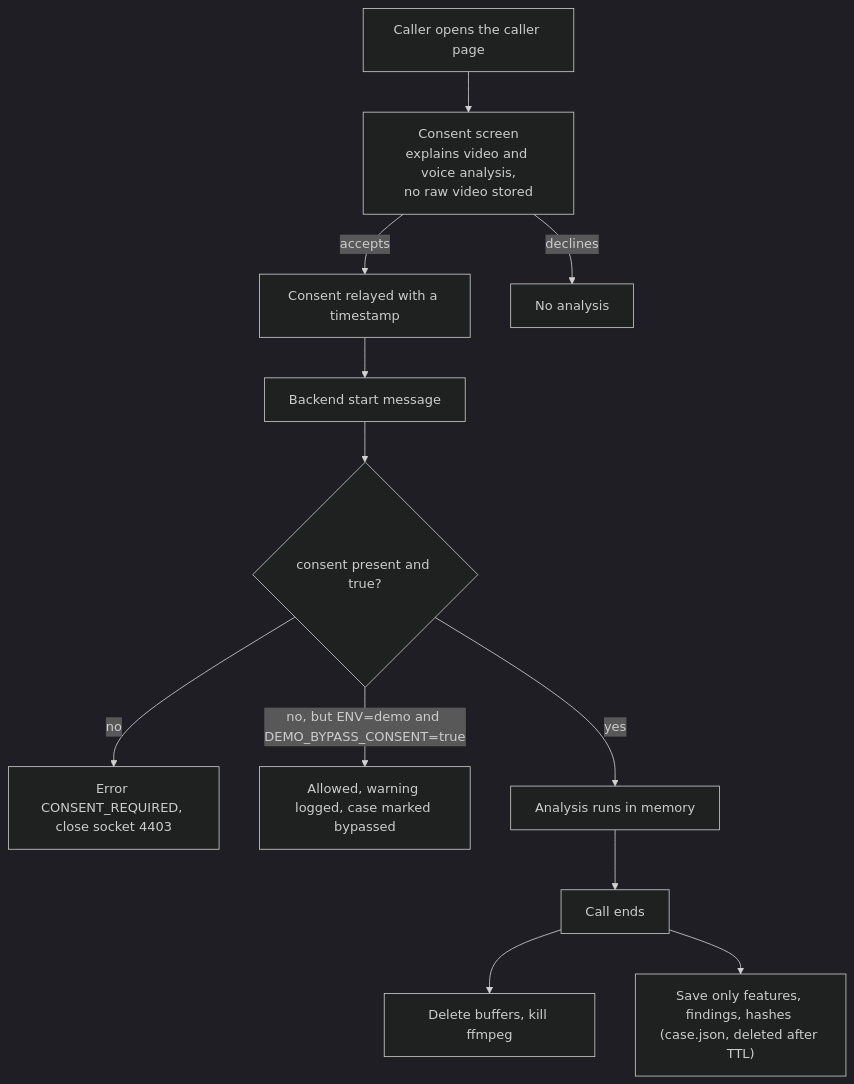
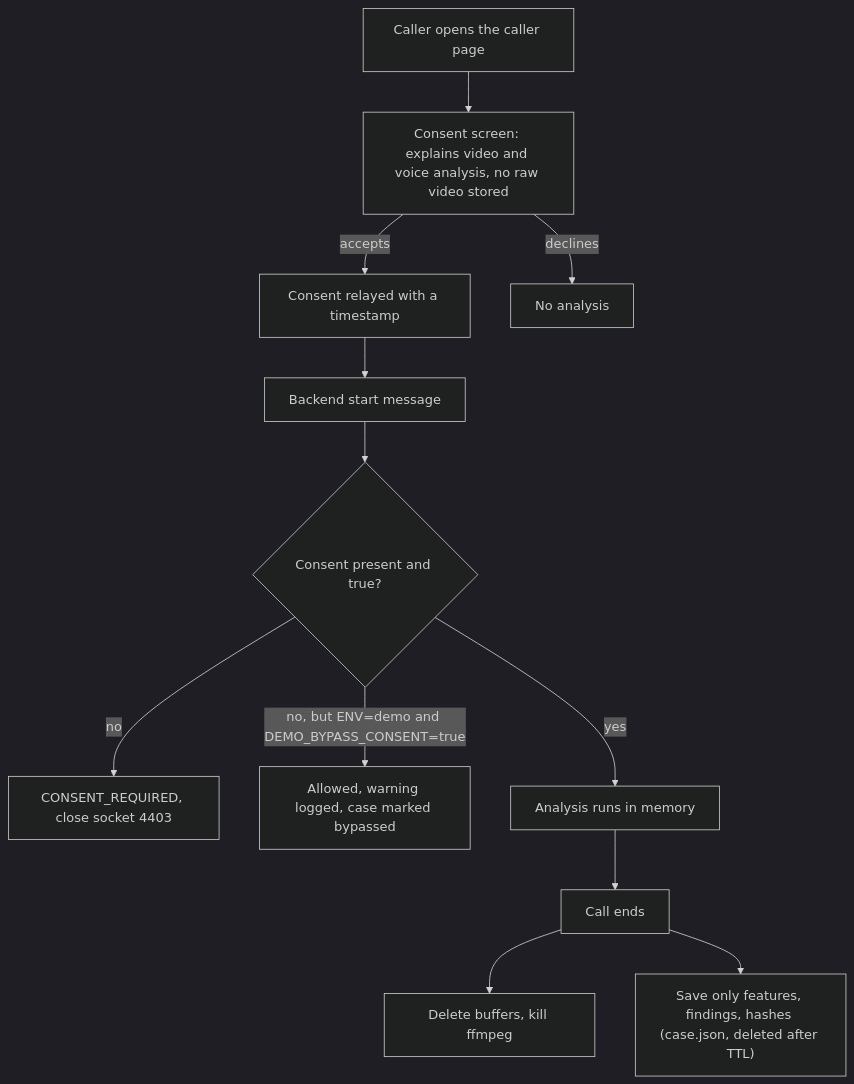
One commit to siddhikahanumante05-cloud/trustlens changed diagram 14 of 14 in README.md. Above: the diagram before and after it, drawn with Mermaid (dark theme). The commit also changed other lines of this file, not shown here.

````diff
--- a/README.md
+++ b/README.md
@@ -665,14 +749,14 @@
 ```mermaid
 flowchart TB
-  START["Caller opens the caller page"] --> CONS["Consent screen<br/>explains video and voice analysis,<br/>no raw video stored"]
+  START["Caller opens the caller page"] --> CONS["Consent screen: explains video and voice analysis, no raw video stored"]
   CONS -->|"accepts"| SEND["Consent relayed with a timestamp"]
   CONS -->|"declines"| STOP["No analysis"]
   SEND --> WS["Backend start message"]
-  WS --> CH{"consent present and true?"}
-  CH -->|"no"| ERR["Error CONSENT_REQUIRED, close socket 4403"]
+  WS --> CH{"Consent present and true?"}
+  CH -->|"no"| ERR["CONSENT_REQUIRED, close socket 4403"]
   CH -->|"no, but ENV=demo and DEMO_BYPASS_CONSENT=true"| WARN["Allowed, warning logged, case marked bypassed"]
   CH -->|"yes"| RUN["Analysis runs in memory"]
   RUN --> END["Call ends"]
   END --> DEL["Delete buffers, kill ffmpeg"]
   END --> KEEP["Save only features, findings, hashes (case.json, deleted after TTL)"]
 ```
````
